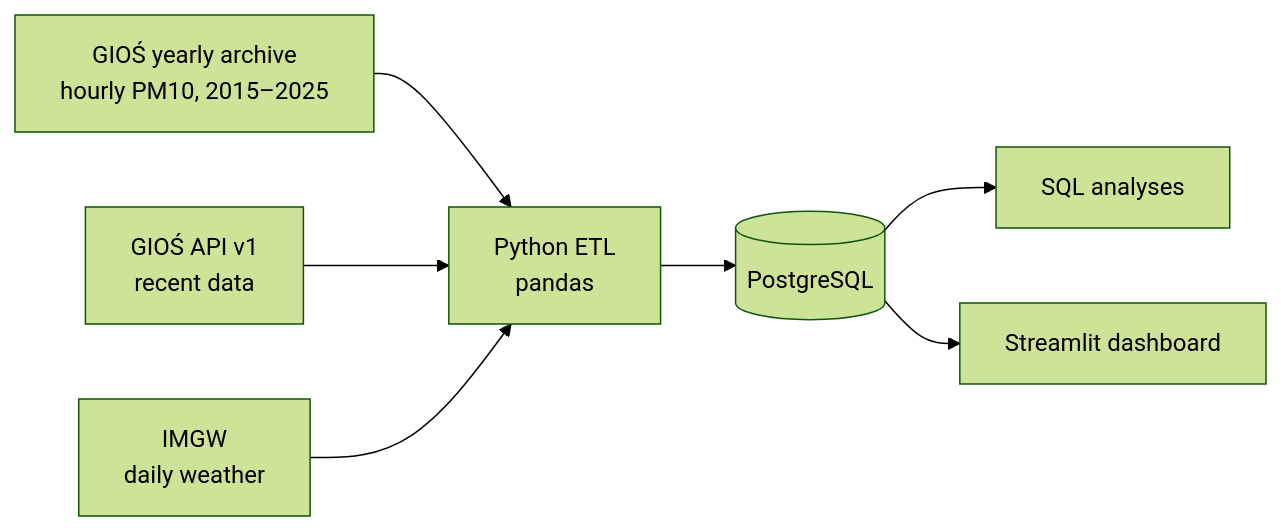
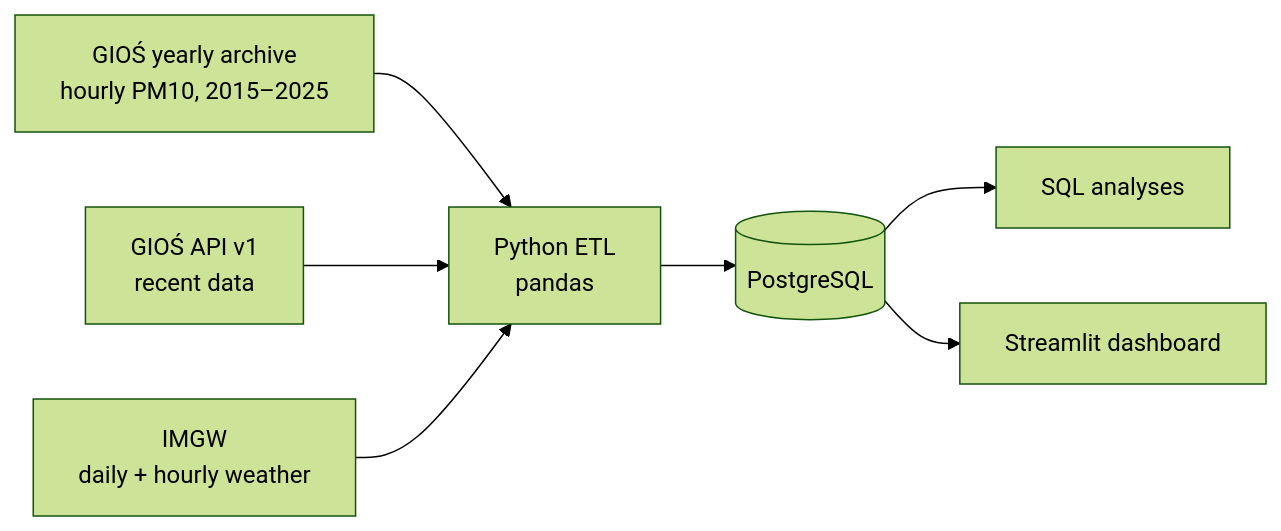
The diagram in README.md (KardaszS/poland-air-quality), drawn with Mermaid (forest theme) before and after one commit. The commit also changed other lines of this file, not shown here.

Commit message:
Document IMGW weather data

````diff
--- a/README.md
+++ b/README.md
@@ -21,9 +21,9 @@
 ```mermaid
 flowchart LR
     A[GIOŚ yearly archive<br/>hourly PM10, 2015–2025] --> P[Python ETL<br/>pandas]
     B[GIOŚ API v1<br/>recent data] --> P
-    C[IMGW<br/>daily weather] --> P
+    C[IMGW<br/>daily + hourly weather] --> P
     P --> D[(PostgreSQL)]
     D --> S[SQL analyses]
     D --> E[Streamlit dashboard]
 ```
````
